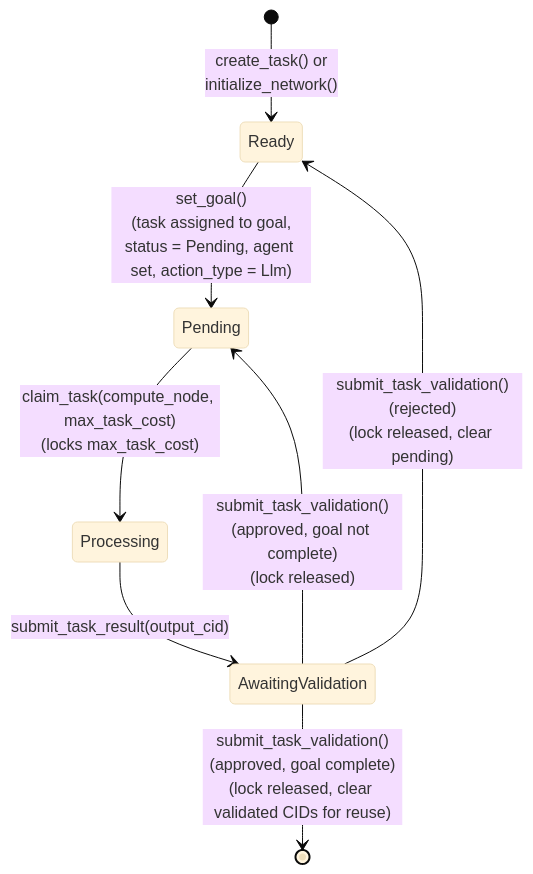
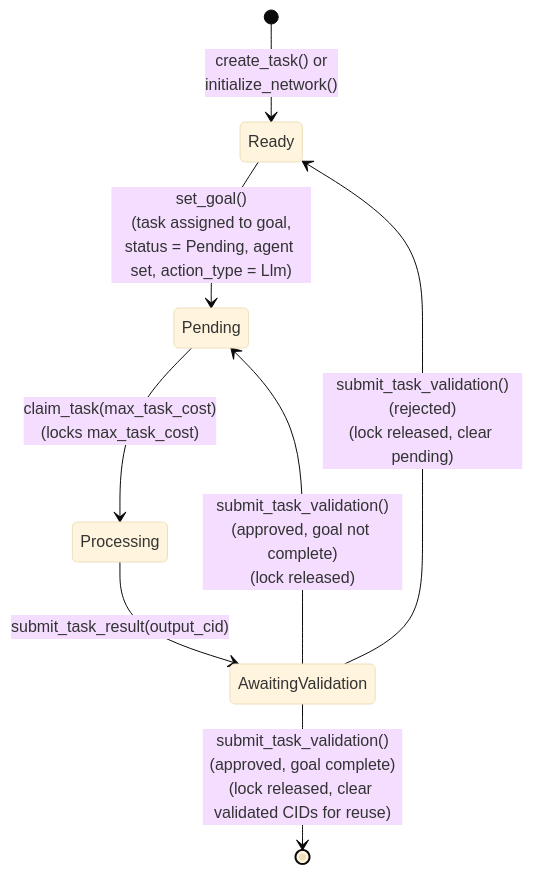
One commit to JorgeCosta87/decentralized-autonomous-computing changed the tenth of 13 diagrams in docs/design.md. Above: the diagram before and after it, drawn with Mermaid (base theme). The commit also changed other lines of this file and 1 other file, not shown here.

````diff
--- a/docs/design.md
+++ b/docs/design.md
@@ -526,10 +539,10 @@
 ```mermaid
 stateDiagram-v2
     [*] --> Ready: create_task() or<br/>initialize_network()
     Ready --> Pending: set_goal()<br/>(task assigned to goal,<br/>status = Pending, agent set, action_type = Llm)
-    Pending --> Processing: claim_task(compute_node, max_task_cost)<br/>(locks max_task_cost)
+    Pending --> Processing: claim_task(max_task_cost)<br/>(locks max_task_cost)
     Processing --> AwaitingValidation: submit_task_result(output_cid)
     AwaitingValidation --> Pending: submit_task_validation()<br/>(approved, goal not complete)<br/>(lock released)
     AwaitingValidation --> Ready: submit_task_validation()<br/>(rejected)<br/>(lock released, clear pending)
     AwaitingValidation --> [*]: submit_task_validation()<br/>(approved, goal complete)<br/>(lock released, clear validated CIDs for reuse)
 ```
````
